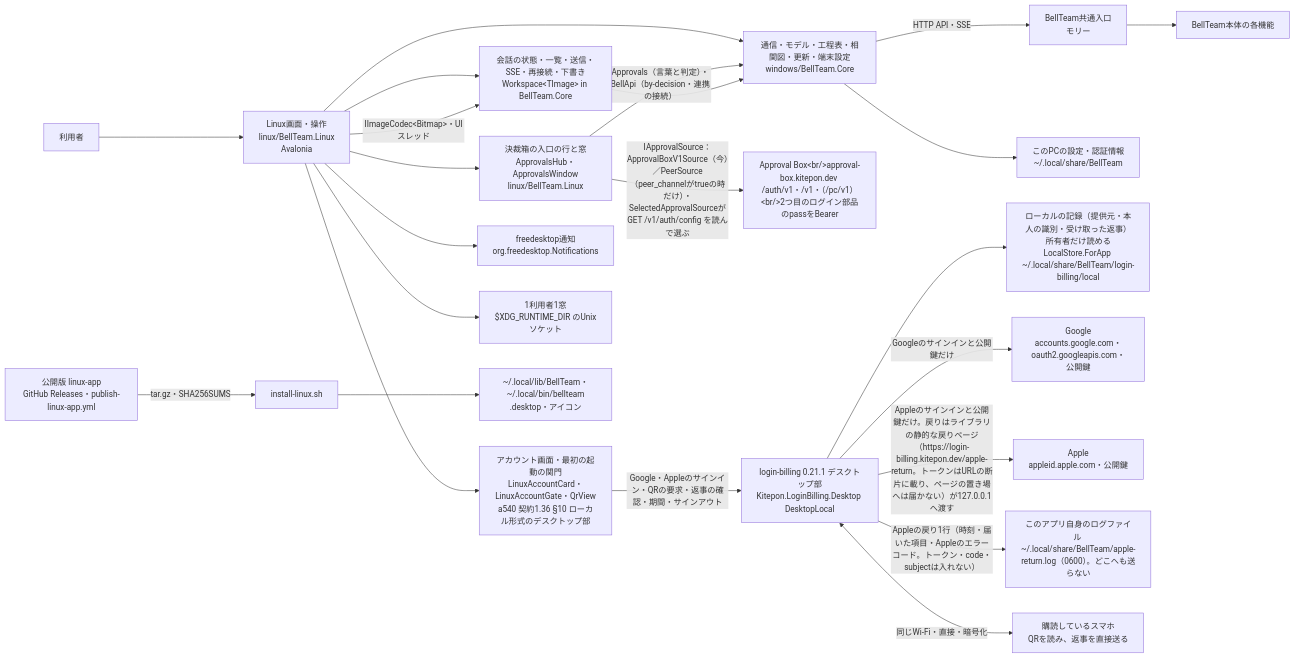
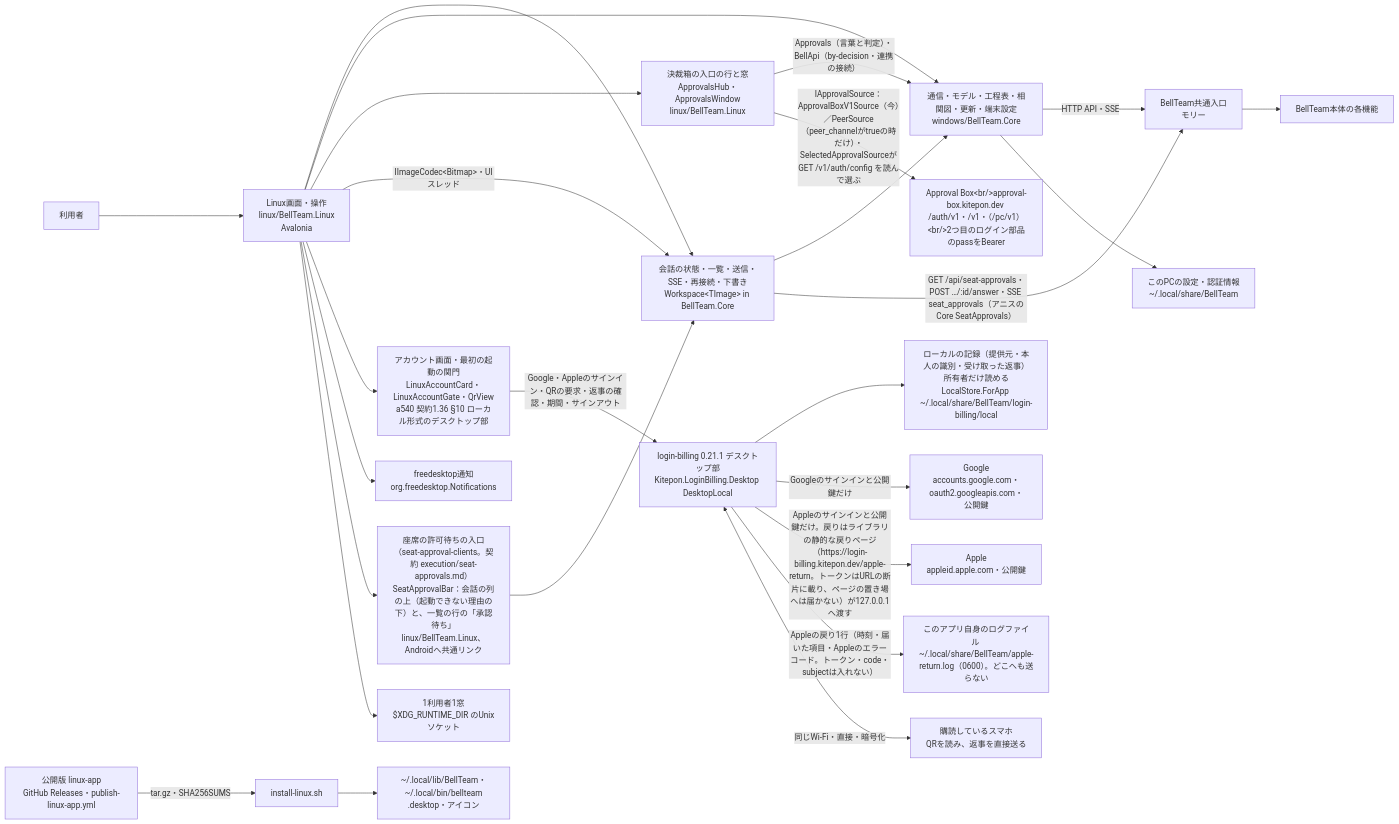
Before and after one commit to kitepon/BellTeam: the first of 3 diagrams in docs/linux-architecture.md, drawn with Mermaid. The commit also changed other lines of this file and 10 other files, not shown here.

First line of the commit message:
seat-approval-clients: Linux and Android show a seat's tool approval (list badge + the Bot's conversation) (#2516)

````diff
--- a/docs/linux-architecture.md
+++ b/docs/linux-architecture.md
@@ -9,25 +9,28 @@
 ```mermaid
 flowchart LR
   user[利用者] --> ui[Linux画面・操作<br/>linux/BellTeam.Linux<br/>Avalonia]
   ui --> ws[会話の状態・一覧・送信・SSE・再接続・下書き<br/>Workspace&lt;TImage&gt; in BellTeam.Core]
   ui --> core[通信・モデル・工程表・相関図・更新・端末設定<br/>windows/BellTeam.Core]
   ui --> abx[決裁箱の入口の行と窓<br/>ApprovalsHub・ApprovalsWindow<br/>linux/BellTeam.Linux]
   abx -->|Approvals（言葉と判定）・BellApi（by-decision・連携の接続）| core
   abx -->|IApprovalSource：ApprovalBoxV1Source（今）／PeerSource（peer_channelがtrueの時だけ）・SelectedApprovalSourceがGET /v1/auth/config を読んで選ぶ| abxsrv[Approval Box&lt;br/&gt;approval-box.kitepon.dev /auth/v1・/v1・（/pc/v1）&lt;br/&gt;2つ目のログイン部品のpassをBearer]
   ws --> core
   ui -->|IImageCodec&lt;Bitmap&gt;・UIスレッド| ws
   core -->|HTTP API・SSE| integration[BellTeam共通入口<br/>モリー]
   core --> local[このPCの設定・認証情報<br/>~/.local/share/BellTeam]
   ui --> account[アカウント画面・最初の起動の関門<br/>LinuxAccountCard・LinuxAccountGate・QrView<br/>a540 契約1.36 §10 ローカル形式のデスクトップ部]
   account -->|Google・Appleのサインイン・QRの要求・返事の確認・期間・サインアウト| lib[login-billing 0.21.1 デスクトップ部<br/>Kitepon.LoginBilling.Desktop DesktopLocal]
   lib --> pass[ローカルの記録（提供元・本人の識別・受け取った返事）所有者だけ読める<br/>LocalStore.ForApp ~/.local/share/BellTeam/login-billing/local]
   lib -->|Googleのサインインと公開鍵だけ| google[Google<br/>accounts.google.com・oauth2.googleapis.com・公開鍵]
   lib -->|Appleのサインインと公開鍵だけ。戻りはライブラリの静的な戻りページ（https://login-billing.kitepon.dev/apple-return。トークンはURLの断片に載り、ページの置き場へは届かない）が127.0.0.1へ渡す| apple[Apple<br/>appleid.apple.com・公開鍵]
   lib -->|Appleの戻り1行（時刻・届いた項目・Appleのエラーコード。トークン・code・subjectは入れない）| devlog[このアプリ自身のログファイル ~/.local/share/BellTeam/apple-return.log（0600）。どこへも送らない]
   lib <-->|同じWi-Fi・直接・暗号化| phone[購読しているスマホ<br/>QRを読み、返事を直接送る]
   ui --> notify[freedesktop通知<br/>org.freedesktop.Notifications]
+  ui --> seat[座席の許可待ちの入口（seat-approval-clients。契約 execution/seat-approvals.md）<br/>SeatApprovalBar：会話の列の上（起動できない理由の下）と、一覧の行の「承認待ち」<br/>linux/BellTeam.Linux、Androidへ共通リンク]
+  seat --> ws
+  ws -->|"GET /api/seat-approvals・POST …/:id/answer・SSE seat_approvals（アニスのCore SeatApprovals）"| integration
   ui --> single[1利用者1窓<br/>$XDG_RUNTIME_DIR のUnixソケット]
   release[公開版 linux-app<br/>GitHub Releases・publish-linux-app.yml] -->|tar.gz・SHA256SUMS| install[install-linux.sh]
   install --> files[~/.local/lib/BellTeam・~/.local/bin/bellteam<br/>.desktop・アイコン]
   integration --> server[BellTeam本体の各機能]
 ```
````
